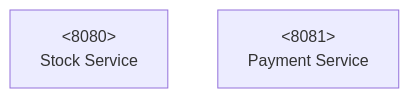
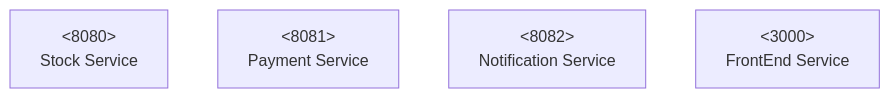
Before and after one commit to carlospatinos/stock-application: the diagram in README.md, drawn with Mermaid. The commit also changed 4 other files, not shown here.

````diff
--- a/README.md
+++ b/README.md
@@ -25,9 +25,14 @@
 ```mermaid
 flowchart
-    newLines["`<8080>
+    stockService["`<8080>
     Stock Service`"]
     
-    newLines2["`<8081>
+    paymentService["`<8081>
     Payment Service`"]
     
+    notificationService["`<8082>
+    Notification Service`"]
+
+    frontendService["`<3000>
+    FrontEnd Service`"]
 ```
````
